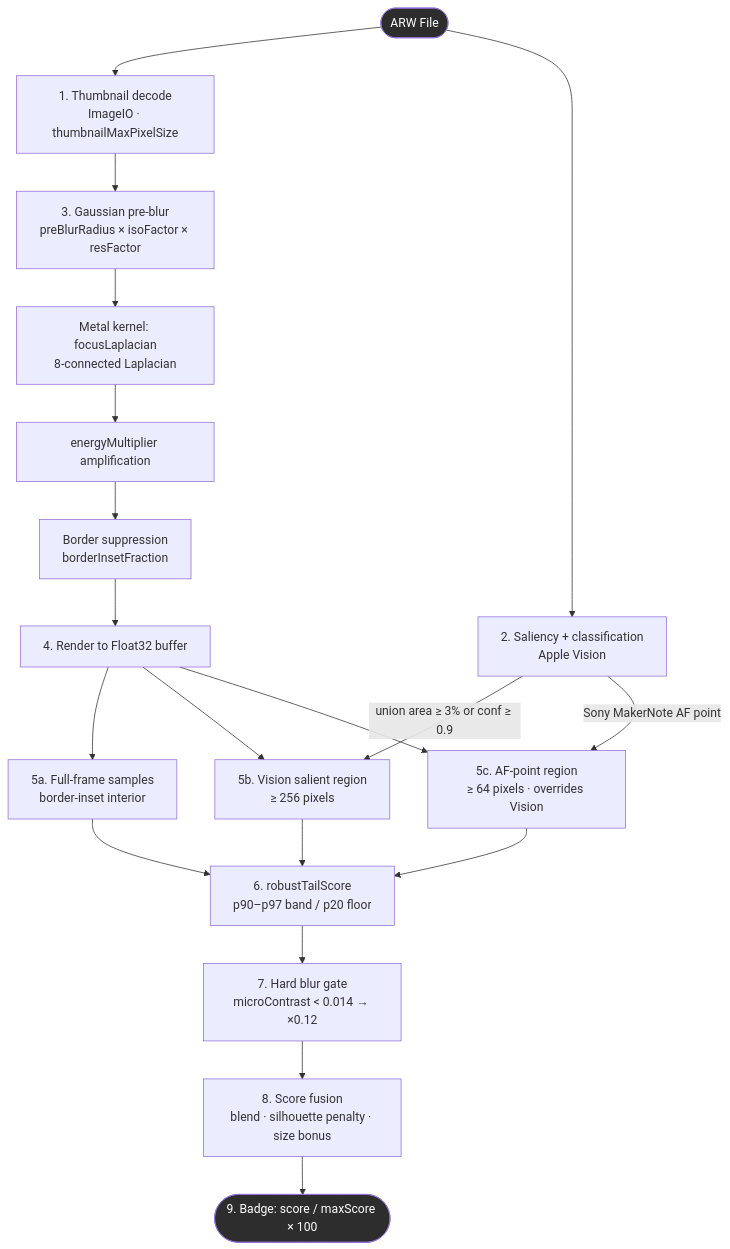
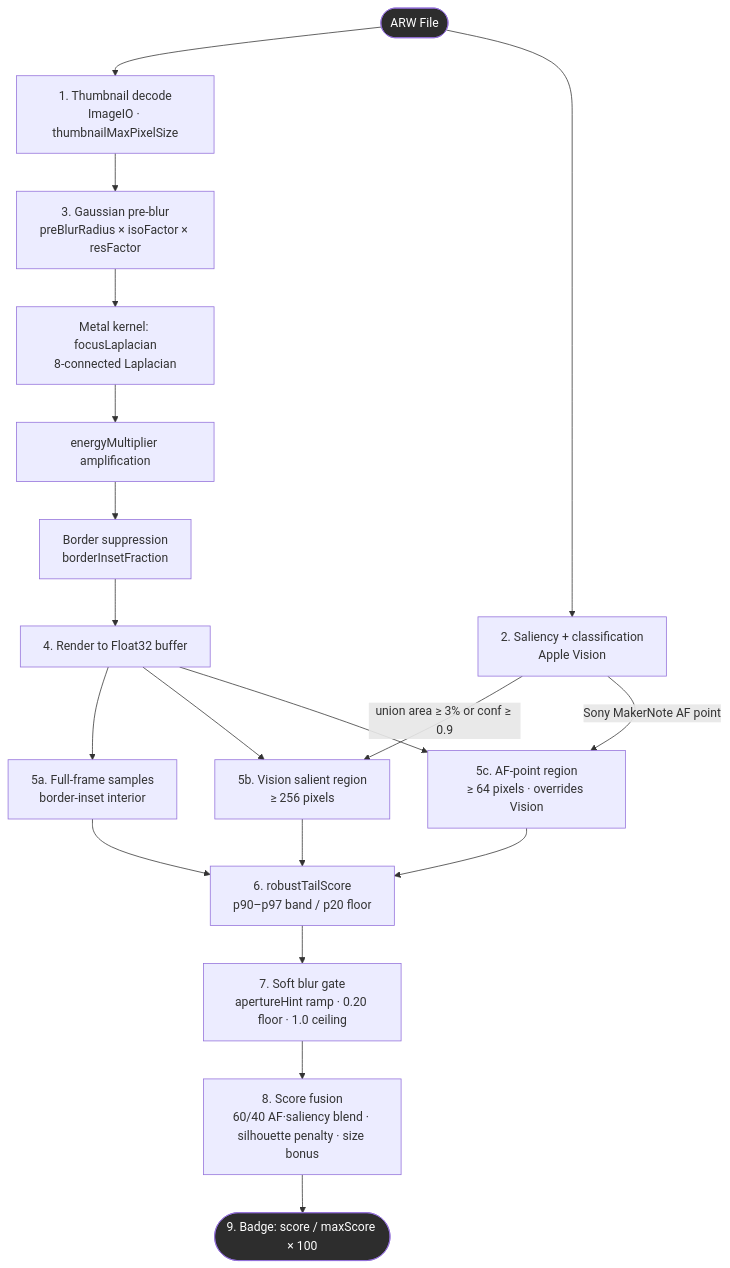
One commit to rsyncOSX/TechDocRawcull changed the second of 6 diagrams in content/en/docs/sharpnessscoring.md. Above: the diagram before and after it, drawn with Mermaid. The commit also changed other lines of this file and 44 other files, not shown here.

````diff
--- a/content/en/docs/sharpnessscoring.md
+++ b/content/en/docs/sharpnessscoring.md
@@ -55,28 +55,28 @@
 ```mermaid
 flowchart TD
     A([ARW File]) --> B[1. Thumbnail decode\nImageIO · thumbnailMaxPixelSize]
     A --> C[2. Saliency + classification\nApple Vision]
 
     B --> D[3. Gaussian pre-blur\npreBlurRadius × isoFactor × resFactor]
     D --> E[Metal kernel: focusLaplacian\n8-connected Laplacian]
     E --> F[energyMultiplier amplification]
     F --> G[Border suppression\nborderInsetFraction]
     G --> H[4. Render to Float32 buffer]
 
     H --> I[5a. Full-frame samples\nborder-inset interior]
     C -->|union area ≥ 3% or conf ≥ 0.9| J[5b. Vision salient region\n≥ 256 pixels]
     H --> J
     C -->|Sony MakerNote AF point| K[5c. AF-point region\n≥ 64 pixels · overrides Vision]
     H --> K
 
     I --> L[6. robustTailScore\np90–p97 band / p20 floor]
     J --> L
     K --> L
 
-    L --> M[7. Hard blur gate\nmicroContrast < 0.014 → ×0.12]
-    M --> N[8. Score fusion\nblend · silhouette penalty · size bonus]
+    L --> M[7. Soft blur gate\napertureHint ramp · 0.20 floor · 1.0 ceiling]
+    M --> N[8. Score fusion\n60/40 AF·saliency blend · silhouette penalty · size bonus]
     N --> O([9. Badge: score / maxScore × 100])
 
     style A fill:#2d2d2d,color:#fff
     style O fill:#2d2d2d,color:#fff
 ```
````
